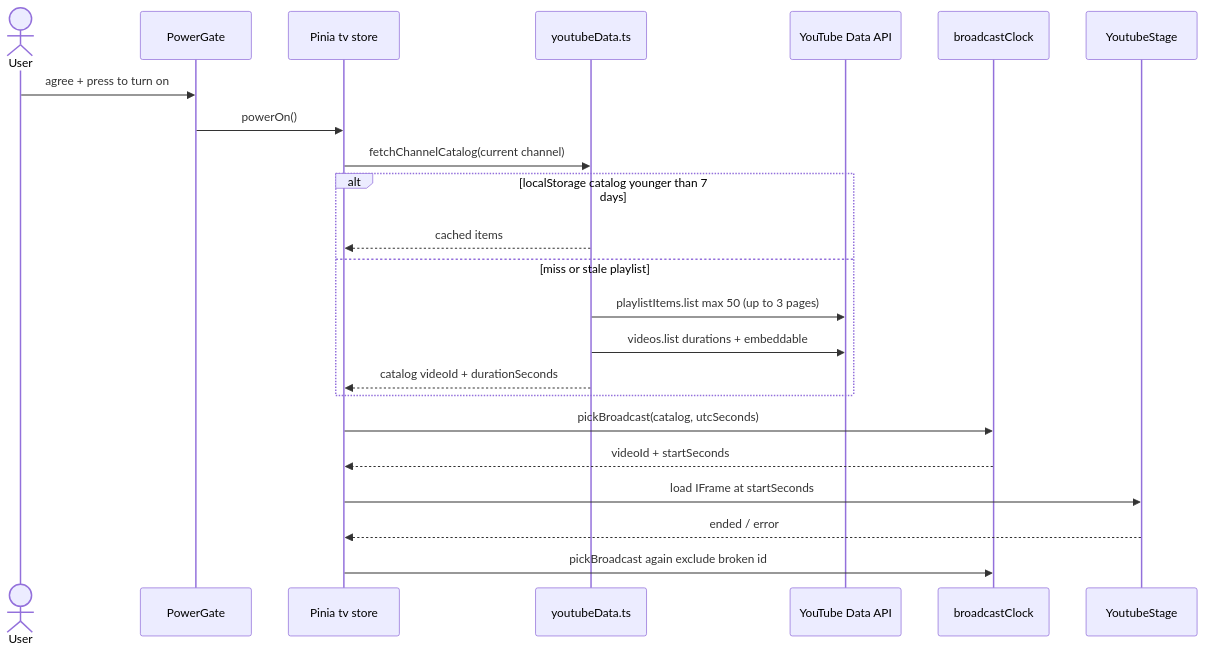
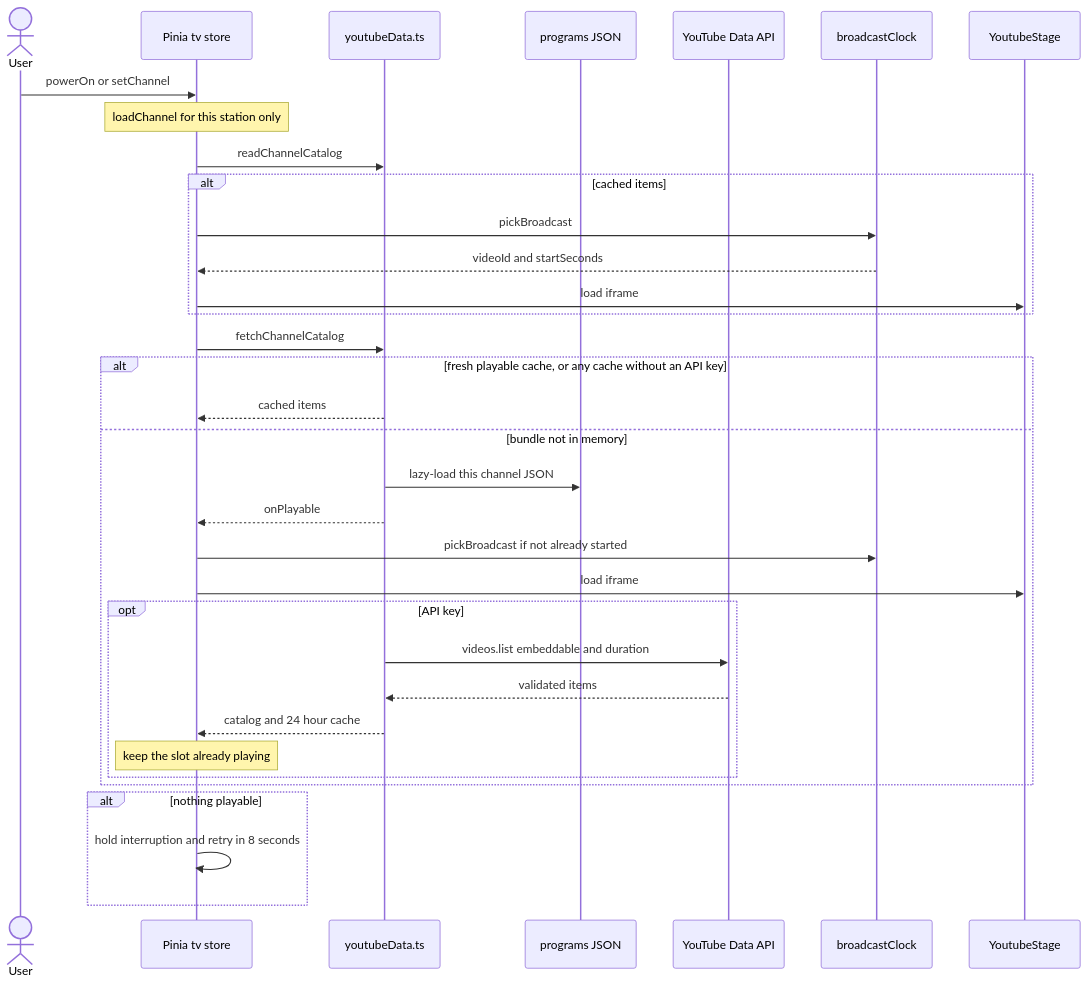
Before and after one commit to tusharv/positive-player: the fourth of 10 diagrams in docs/architecture.md, drawn with Mermaid. The commit also changed other lines of this file, not shown here.

````diff
--- a/docs/architecture.md
+++ b/docs/architecture.md
@@ -108,26 +110,37 @@
 ```mermaid
 sequenceDiagram
   actor User
-  participant Gate as PowerGate
   participant Store as Pinia tv store
   participant Data as youtubeData.ts
+  participant Bundle as programs JSON
   participant YT as YouTube Data API
   participant Clock as broadcastClock
   participant Stage as YoutubeStage
 
-  User->>Gate: agree + press to turn on
-  Gate->>Store: powerOn()
-  Store->>Data: fetchChannelCatalog(current channel)
-  alt localStorage catalog younger than 7 days
+  User->>Store: powerOn or setChannel
+  Note over Store: loadChannel for this station only
+  Store->>Data: readChannelCatalog
+  alt cached items
+    Store->>Clock: pickBroadcast
+    Clock-->>Store: videoId and startSeconds
+    Store->>Stage: load iframe
+  end
+  Store->>Data: fetchChannelCatalog
+  alt fresh playable cache, or any cache without an API key
     Data-->>Store: cached items
-  else miss or stale playlist
-    Data->>YT: playlistItems.list max 50 (up to 3 pages)
-    Data->>YT: videos.list durations + embeddable
-    Data-->>Store: catalog videoId + durationSeconds
+  else bundle not in memory
+    Data->>Bundle: lazy-load this channel JSON
+    Data-->>Store: onPlayable
+    Store->>Clock: pickBroadcast if not already started
+    Store->>Stage: load iframe
+    opt API key
+      Data->>YT: videos.list embeddable and duration
+      YT-->>Data: validated items
+      Data-->>Store: catalog and 24 hour cache
+      Note over Store: keep the slot already playing
+    end
   end
-  Store->>Clock: pickBroadcast(catalog, utcSeconds)
-  Clock-->>Store: videoId + startSeconds
-  Store->>Stage: load IFrame at startSeconds
-  Stage-->>Store: ended / error
-  Store->>Clock: pickBroadcast again exclude broken id
+  alt nothing playable
+    Store->>Store: hold interruption and retry in 8 seconds
+  end
 ```
````
